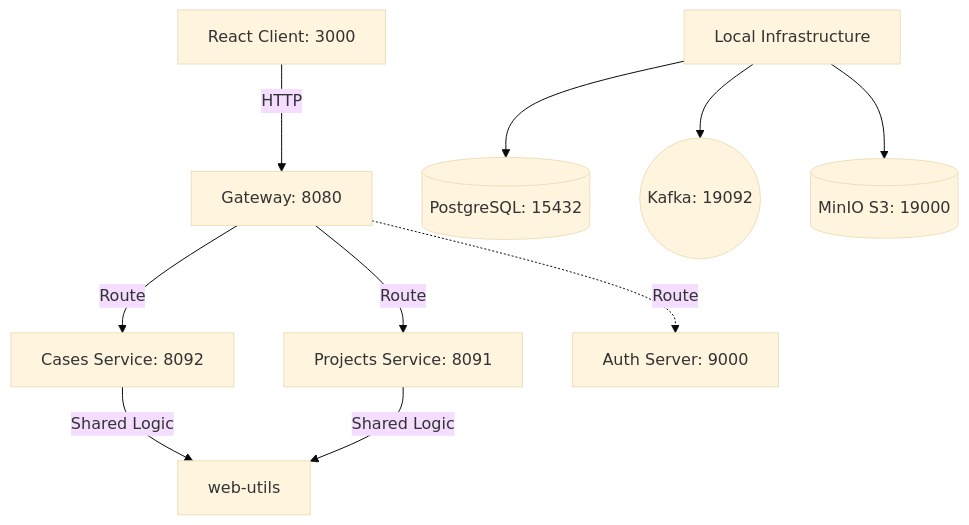
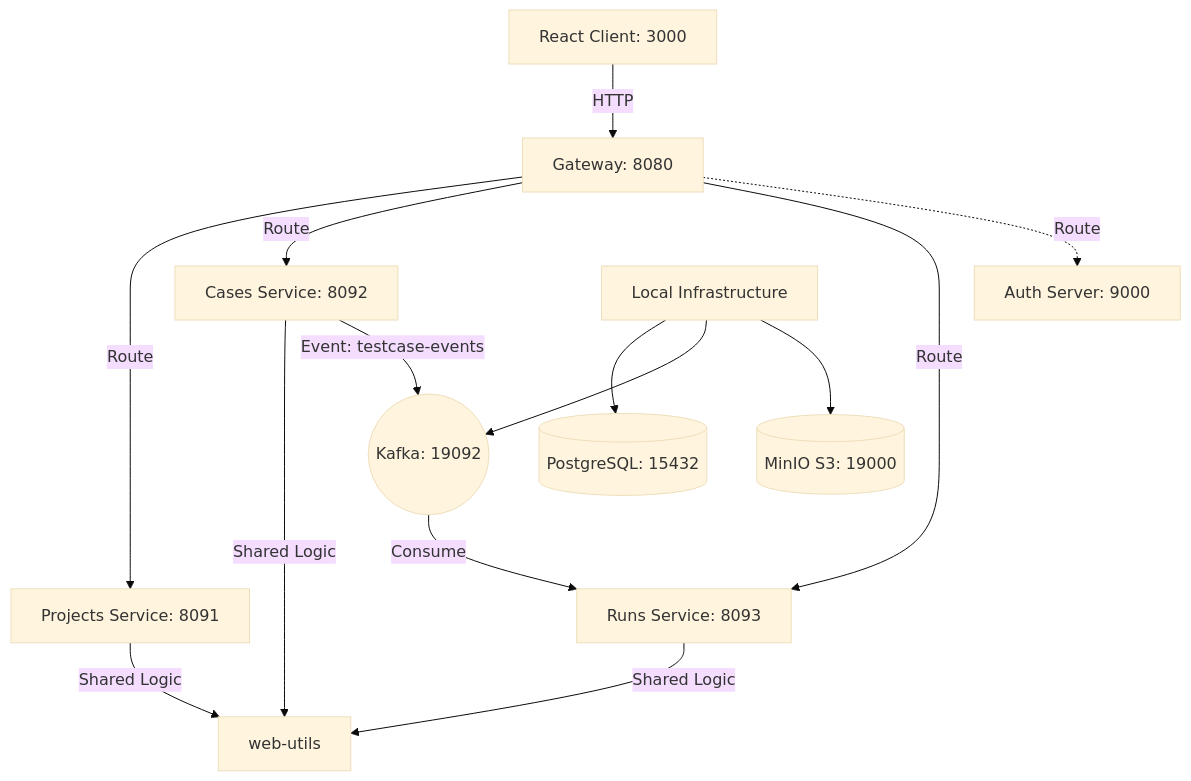
Before and after one commit to papaklim/protest-tms: the first of 2 diagrams in README.md, drawn with Mermaid (base theme). The commit also changed 51 other files, not shown here.

Commit message:
feat(runs): integrate kafka testcase events and rename cases to testcases

````diff
--- a/README.md
+++ b/README.md
@@ -33,15 +33,20 @@
 ```mermaid
 graph TD
     Client[React Client: 3000] -->|HTTP| Gateway[Gateway: 8080]
     Gateway -->|Route| Projects[Projects Service: 8091]
     Gateway -->|Route| Cases[Cases Service: 8092]
+    Gateway -->|Route| Runs[Runs Service: 8093]
     Gateway -.->|Route| Auth[Auth Server: 9000]
     
     Cases -->|Shared Logic| WebUtils[web-utils]
     Projects -->|Shared Logic| WebUtils
+    Runs -->|Shared Logic| WebUtils
+    
+    Cases -->|Event: testcase-events| Kafka((Kafka: 19092))
+    Kafka -->|Consume| Runs
     
     Infrastructure[Local Infrastructure]
     Infrastructure --> DB[(PostgreSQL: 15432)]
-    Infrastructure --> Kafka((Kafka: 19092))
+    Infrastructure --> Kafka
     Infrastructure --> S3[(MinIO S3: 19000)]
 ```
````
